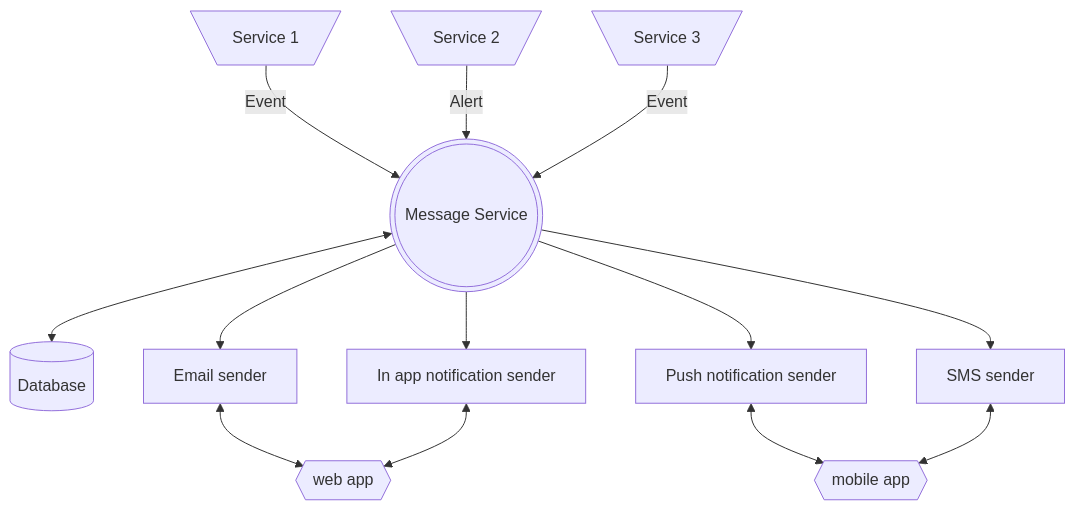
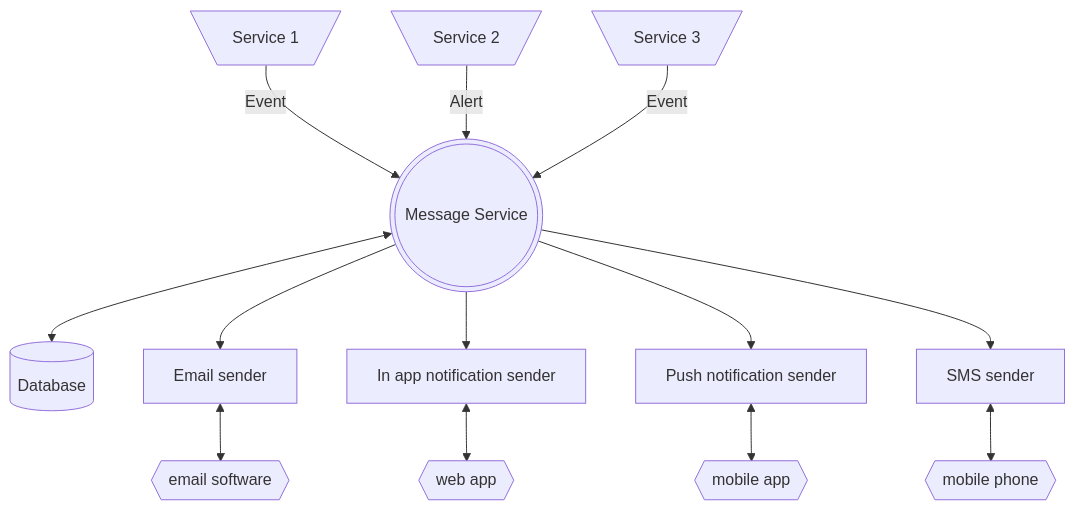
One commit to DWTechs/efficient-web-app-architecture changed the first of 2 diagrams in content/notifications.md. Above: the diagram before and after it, drawn with Mermaid. The commit also changed other lines of this file, not shown here.

````diff
--- a/content/notifications.md
+++ b/content/notifications.md
@@ -71,21 +72,21 @@
 ```mermaid
 flowchart TB
     
     Service_1[\Service 1/] -->|Event| messageService
     Service_2[\Service 2/] -->|Alert| messageService
     Service_3[\Service 3/] -->|Event| messageService
     
     messageService(((Message Service))) <--> database[(Database)]
 
     messageService --> email_sender[Email sender]
     messageService --> in_app_notification_sender[In app notification sender]
     messageService --> push_notification_sender[Push notification sender]
     messageService --> SMS_sender[SMS sender]
 
-    email_sender <--> web_app
+    email_sender <--> email_software{{email software}}
     in_app_notification_sender <--> web_app{{web app}}
 
     push_notification_sender <--> mobile_app{{mobile app}}
-    SMS_sender <--> mobile_app
+    SMS_sender <--> mobile_phone{{mobile phone}}
 
 ```
````
